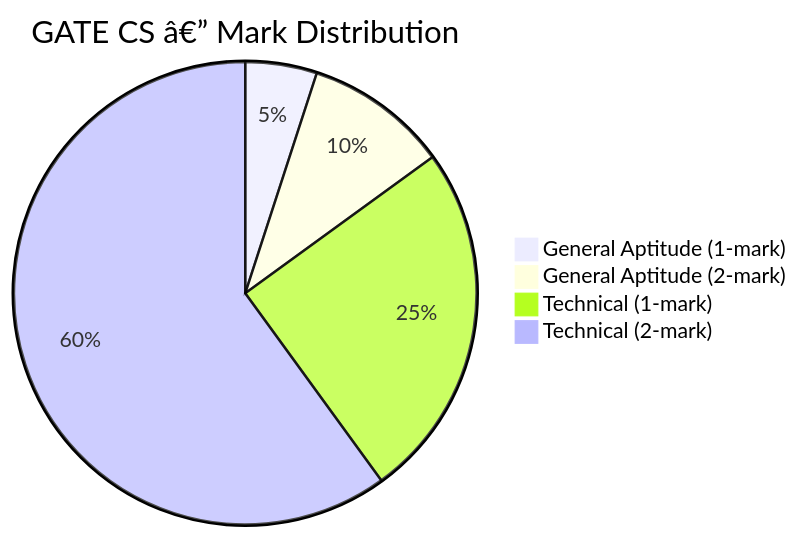
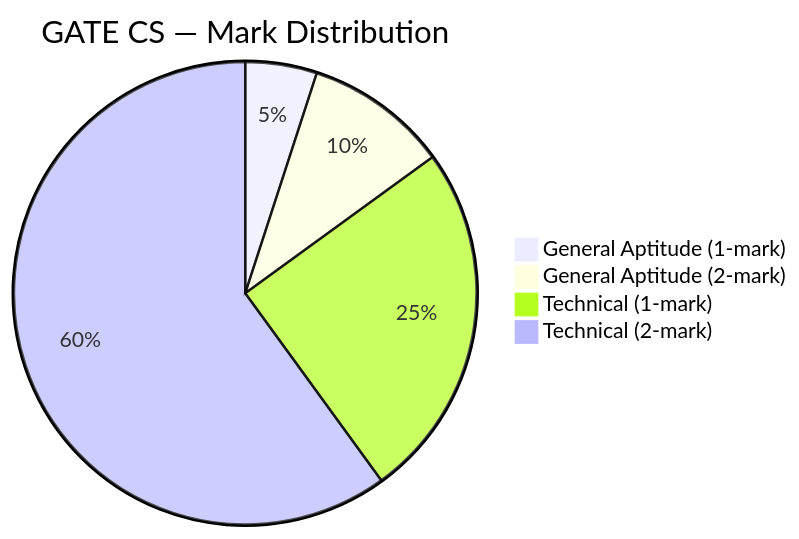
Before and after one commit to Raushan666java/ai-engineering-journey: the diagram in docs/courses/mock-tests/06-gate-cs-mock.md, drawn with Mermaid. The commit also changed other lines of this file and 965 other files, not shown here.

````diff
--- a/docs/courses/mock-tests/06-gate-cs-mock.md
+++ b/docs/courses/mock-tests/06-gate-cs-mock.md
@@ -41,7 +41,7 @@
 ```mermaid
-pie title GATE CS â€” Mark Distribution
+pie title GATE CS — Mark Distribution
     "General Aptitude (1-mark)" : 5
     "General Aptitude (2-mark)" : 10
     "Technical (1-mark)" : 25
     "Technical (2-mark)" : 60
 ```
````
